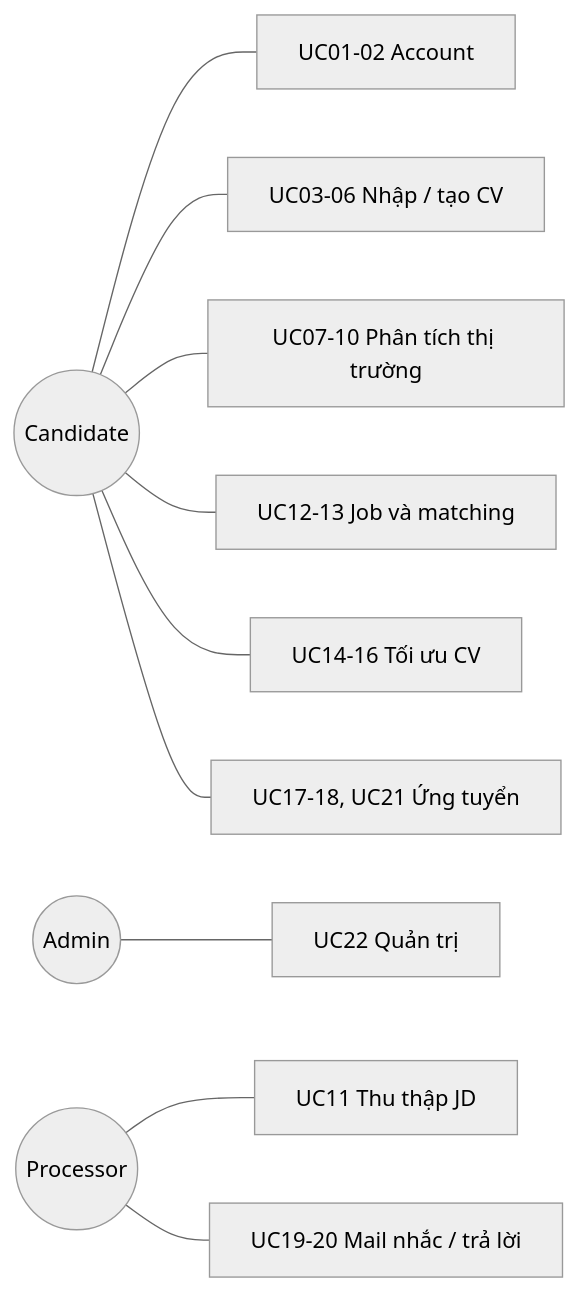
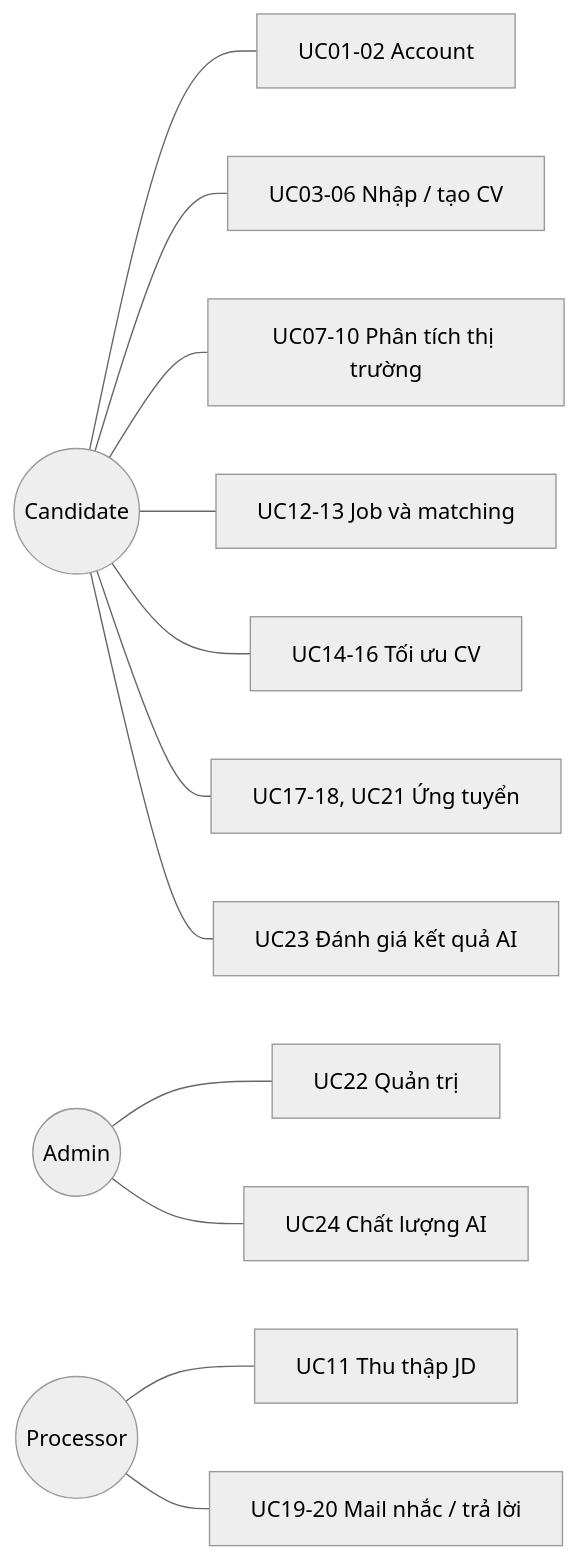
One commit to DuykoNgu/auto_apply_jobs changed the first of 2 diagrams in docs/03-use-cases.md. Above: the diagram before and after it, drawn with Mermaid (neutral theme). The commit also changed other lines of this file and 7 other files, not shown here.

````diff
--- a/docs/03-use-cases.md
+++ b/docs/03-use-cases.md
@@ -72,15 +78,17 @@
 ```mermaid
 flowchart LR
     C(("Candidate"))
     A(("Admin"))
     P(("Processor"))
     C --- UC01["UC01-02 Account"]
     C --- UC03["UC03-06 Nhập / tạo CV"]
     C --- UC07["UC07-10 Phân tích thị trường"]
     C --- UC12["UC12-13 Job và matching"]
     C --- UC14["UC14-16 Tối ưu CV"]
     C --- UC17["UC17-18, UC21 Ứng tuyển"]
+    C --- UC23["UC23 Đánh giá kết quả AI"]
     A --- UC22["UC22 Quản trị"]
+    A --- UC24["UC24 Chất lượng AI"]
     P --- UC11["UC11 Thu thập JD"]
     P --- UC19["UC19-20 Mail nhắc / trả lời"]
 ```
````
